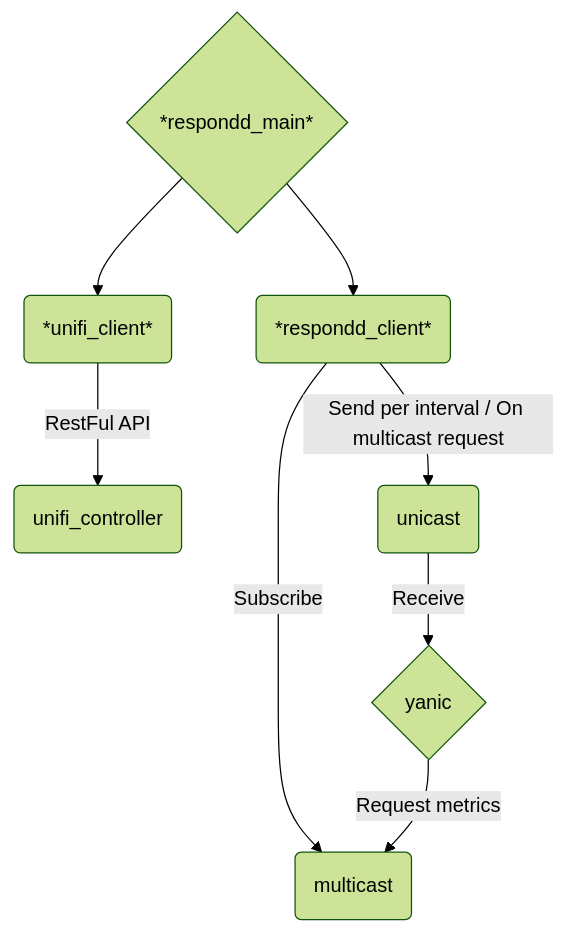
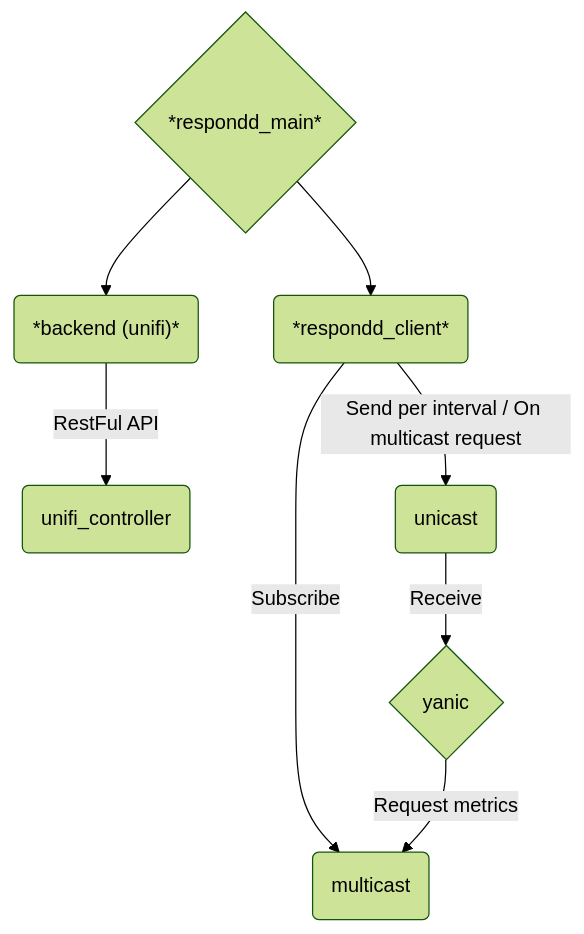
The diagram in README.md (freifunkMUC/unifi_respondd), drawn with Mermaid (forest theme) before and after one commit. The commit also changed other lines of this file and 23 other files, not shown here.

````diff
--- a/README.md
+++ b/README.md
@@ -7,10 +33,10 @@
 ```mermaid
 graph TD;
-	A{"*respondd_main*"} -->| | B("*unifi_client*")
+	A{"*respondd_main*"} -->| | B("*backend (unifi)*")
     A -->| | C("*respondd_client*")
 	B -->|"RestFul API"| D("unifi_controller")
     C -->|"Subscribe"| E("multicast")
     C -->|"Send per interval / On multicast request"| F("unicast")
     G{"yanic"} -->|"Request metrics"| E
     F -->|"Receive"| G
 ```
````
